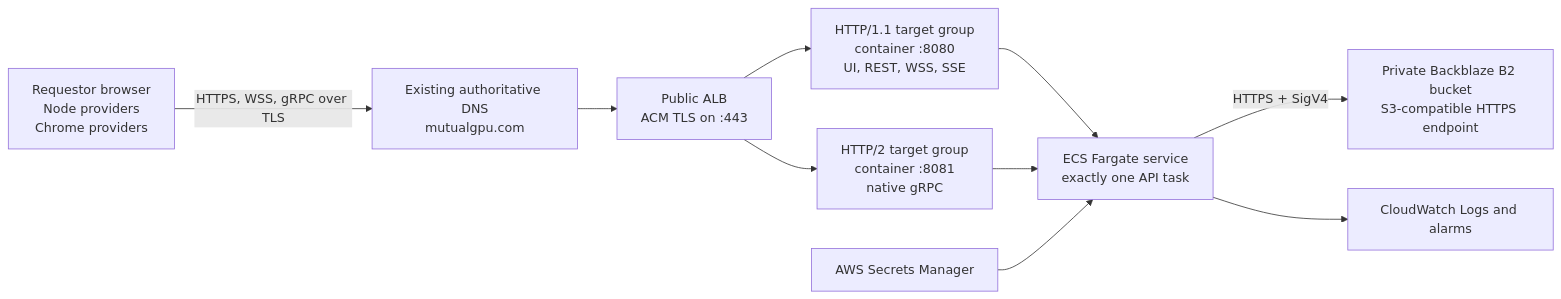
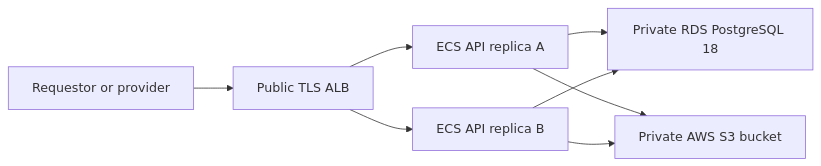
One commit to trie-me/MutualGPU changed the diagram in docs/10-mutualgpu-aws-infrastructure-provisioning.md. Above: the diagram before and after it, drawn with Mermaid. The commit also changed other lines of this file and 62 other files, not shown here.

````diff
--- a/docs/10-mutualgpu-aws-infrastructure-provisioning.md
+++ b/docs/10-mutualgpu-aws-infrastructure-provisioning.md
@@ -23,19 +12,10 @@
 ```mermaid
 flowchart LR
-    Clients["Requestor browser<br/>Node providers<br/>Chrome providers"]
-    DNS["Existing authoritative DNS<br/>mutualgpu.com"]
-    ALB["Public ALB<br/>ACM TLS on :443"]
-    Web["HTTP/1.1 target group<br/>container :8080<br/>UI, REST, WSS, SSE"]
-    Grpc["HTTP/2 target group<br/>container :8081<br/>native gRPC"]
-    API["ECS Fargate service<br/>exactly one API task"]
-    B2["Private Backblaze B2 bucket<br/>S3-compatible HTTPS endpoint"]
-    Secrets["AWS Secrets Manager"]
-    Logs["CloudWatch Logs and alarms"]
-
-    Clients -->|HTTPS, WSS, gRPC over TLS| DNS --> ALB
-    ALB --> Web --> API
-    ALB --> Grpc --> API
-    Secrets --> API
-    API -->|HTTPS + SigV4| B2
-    API --> Logs
+    Client["Requestor or provider"] --> ALB["Public TLS ALB"]
+    ALB --> APIA["ECS API replica A"]
+    ALB --> APIB["ECS API replica B"]
+    APIA --> DB["Private RDS PostgreSQL 18"]
+    APIB --> DB
+    APIA --> S3["Private AWS S3 bucket"]
+    APIB --> S3
 ```
````
